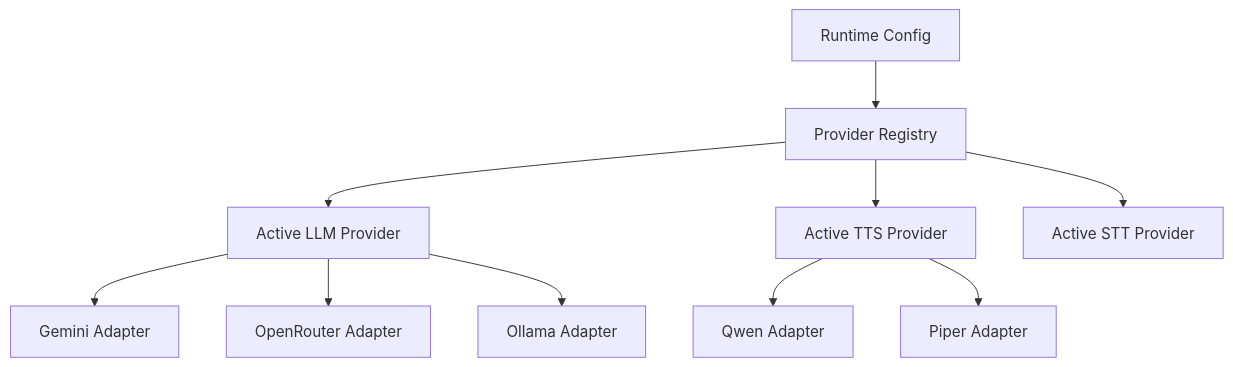
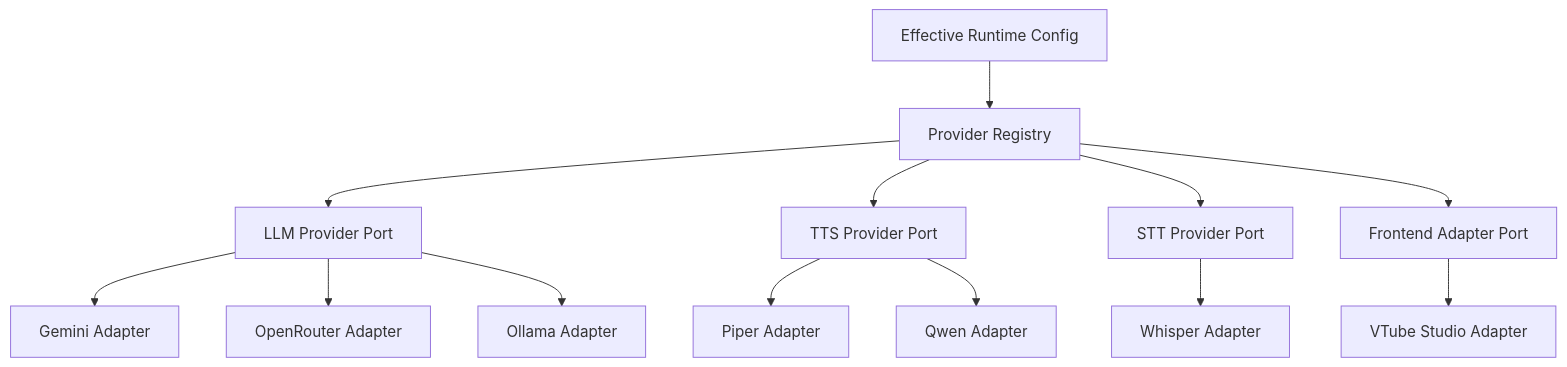
Before and after one commit to Jonathan0823/VoxaLive: the sixth of 10 diagrams in docs/04_BACKEND_DESIGN.md, drawn with Mermaid. The commit also changed other lines of this file, not shown here.

```diff
--- a/docs/04_BACKEND_DESIGN.md
+++ b/docs/04_BACKEND_DESIGN.md
@@ -264,14 +531,20 @@
 ~~~mermaid
 flowchart TD
-    Config[Runtime Config] --> Registry[Provider Registry]
-    Registry --> ActiveLLM[Active LLM Provider]
-    Registry --> ActiveTTS[Active TTS Provider]
-    Registry --> ActiveSTT[Active STT Provider]
+    Config[Effective Runtime Config] --> Registry[Provider Registry]
 
-    ActiveLLM --> Gemini[Gemini Adapter]
-    ActiveLLM --> OpenRouter[OpenRouter Adapter]
-    ActiveLLM --> Ollama[Ollama Adapter]
+    Registry --> LLMPort[LLM Provider Port]
+    Registry --> TTSPort[TTS Provider Port]
+    Registry --> STTPort[STT Provider Port]
+    Registry --> FrontendPort[Frontend Adapter Port]
 
-    ActiveTTS --> Qwen[Qwen Adapter]
-    ActiveTTS --> Piper[Piper Adapter]
+    LLMPort --> Gemini[Gemini Adapter]
+    LLMPort --> OpenRouter[OpenRouter Adapter]
+    LLMPort --> Ollama[Ollama Adapter]
+
+    TTSPort --> Piper[Piper Adapter]
+    TTSPort --> Qwen[Qwen Adapter]
+
+    STTPort --> Whisper[Whisper Adapter]
+
+    FrontendPort --> VTS[VTube Studio Adapter]
 ~~~
```
